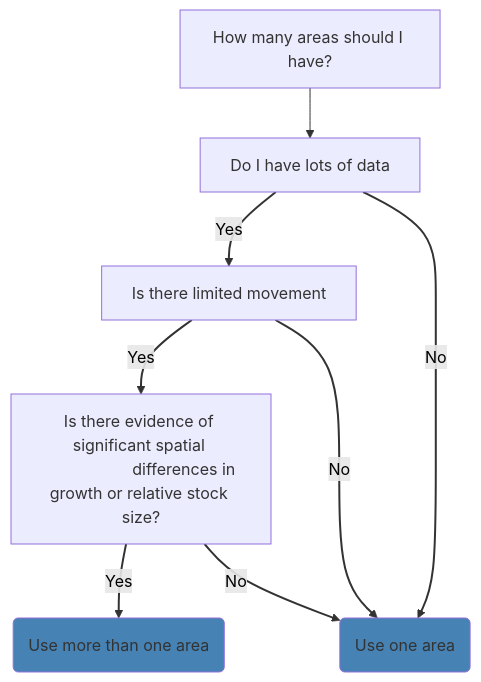
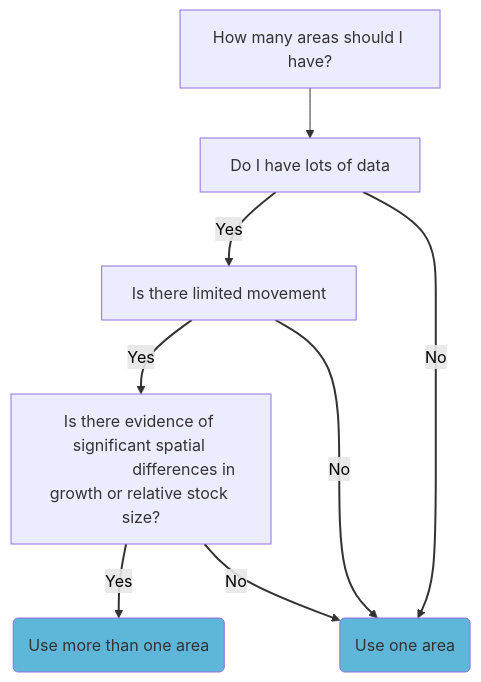
Before and after one commit to nmfs-ost/ss3-website: the first of 6 diagrams in website/qmds/ss3_setup_decisions.qmd, drawn with Mermaid.

Commit message:
try colors

````diff
--- a/website/qmds/ss3_setup_decisions.qmd
+++ b/website/qmds/ss3_setup_decisions.qmd
@@ -7,14 +7,14 @@
 ```{mermaid}
 flowchart TB
     A["How many areas should I have?"] --> B["Do I have lots of data"]
     B -- Yes --> C["Is there limited movement"]
     C -- Yes --> D["Is there evidence of significant spatial 
                     differences in growth or relative stock size?"]
     D -- Yes --> E("Use more than one area")
     B -- No --> F("Use one area")
     C -- No --> F
     D -- No --> F
     linkStyle 1,2,3,4,5,6 stroke-width:2px,color:black
-    style F fill:steelblue
-    style E fill:steelblue
+    style F fill:#5EB6D9
+    style E fill:#5EB6D9
 ```
````
